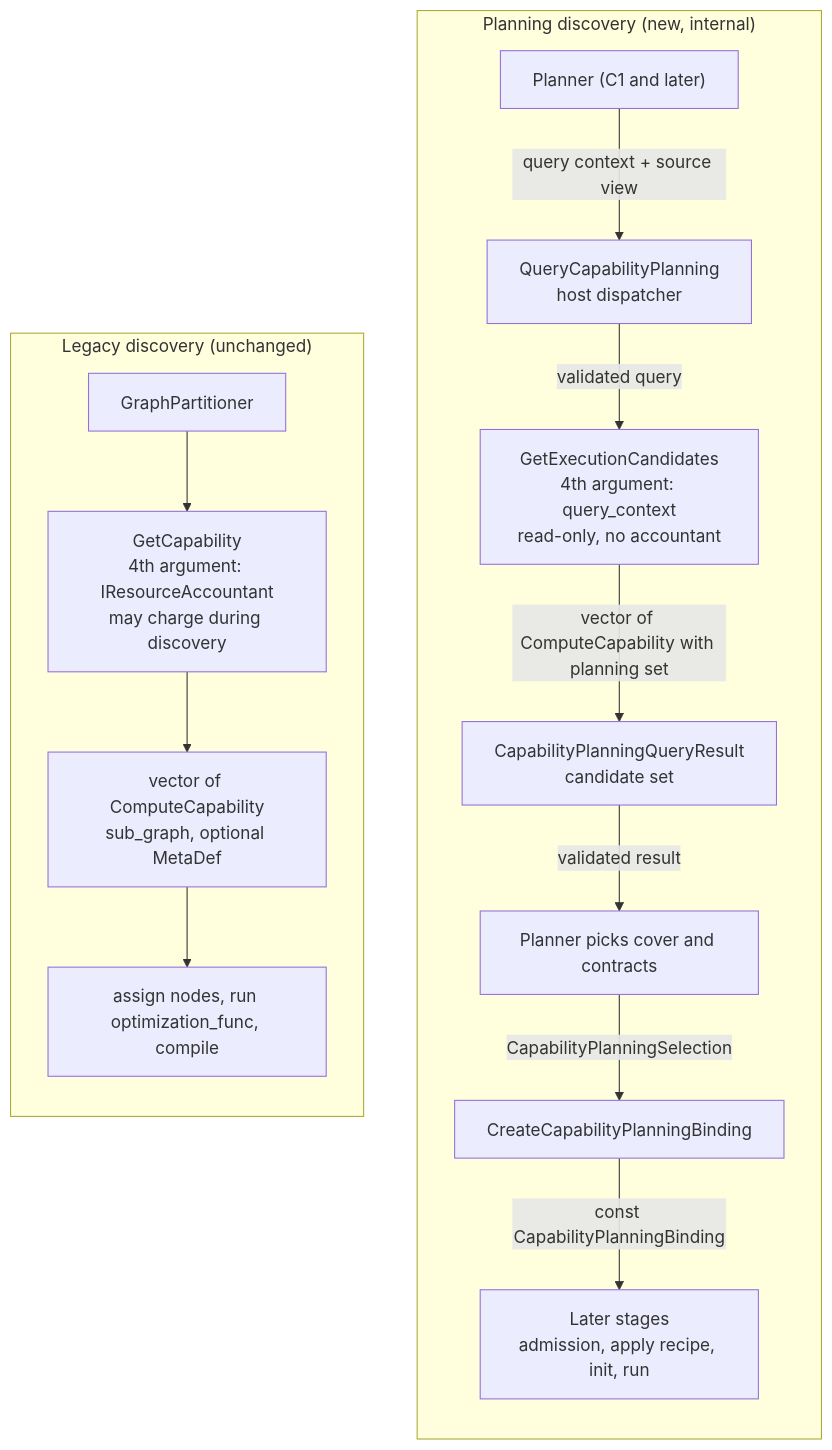
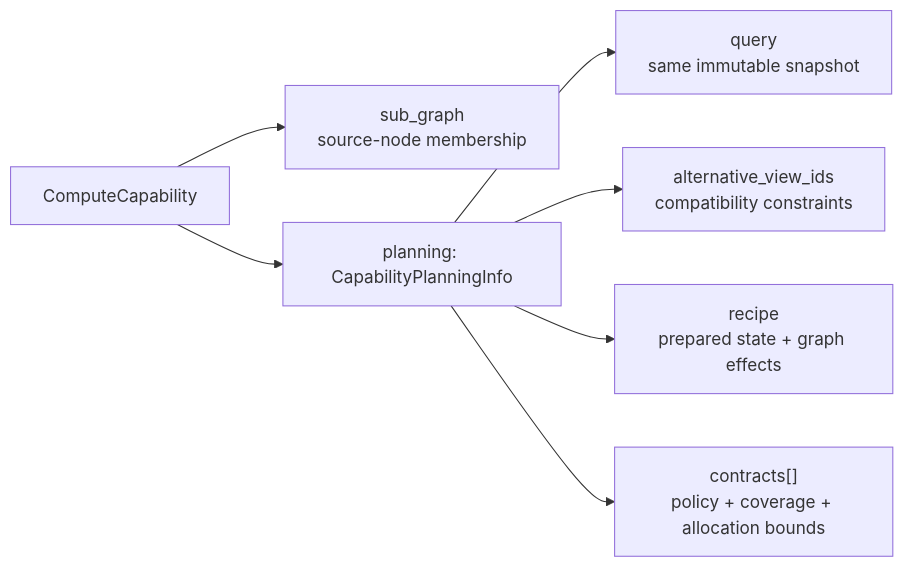
Before and after one commit to microsoft/onnxruntime: the first of 3 diagrams in docs/annotated_partitioning/capability_planning_interfaces.md, drawn with Mermaid. The commit also changed other lines of this file, not shown here.

First line of the commit message:
Condense capability planning interfaces and define the payload

````diff
--- a/docs/annotated_partitioning/capability_planning_interfaces.md
+++ b/docs/annotated_partitioning/capability_planning_interfaces.md
@@ -124,21 +103,9 @@
 ```mermaid
 flowchart LR
-  subgraph LEG["Legacy discovery (unchanged)"]
-    direction TB
-    L1["GraphPartitioner"]
-    L2["GetCapability<br/>4th argument: IResourceAccountant<br/>may charge during discovery"]
-    L1 --> L2
-    L2 --> L3["vector of ComputeCapability<br/>sub_graph, optional MetaDef"]
-    L3 --> L4["assign nodes, run optimization_func, compile"]
-  end
-  subgraph PLN["Planning discovery (new, internal)"]
-    direction TB
-    P1["Planner (C1 and later)"] -->|"query context + source view"| P2["QueryCapabilityPlanning<br/>host dispatcher"]
-    P2 -->|"validated query"| P3["GetExecutionCandidates<br/>4th argument: query_context<br/>read-only, no accountant"]
-    P3 -->|"vector of ComputeCapability with planning set"| P4["CapabilityPlanningQueryResult<br/>candidate set"]
-    P4 -->|"validated result"| P5["Planner picks cover and contracts"]
-    P5 -->|"CapabilityPlanningSelection"| P6["CreateCapabilityPlanningBinding"]
-    P6 -->|"const CapabilityPlanningBinding"| P7["Later stages<br/>admission, apply recipe, init, run"]
-  end
-  LEG ~~~ PLN
+  C["ComputeCapability"] --> N["sub_graph<br/>source-node membership"]
+  C --> I["planning: CapabilityPlanningInfo"]
+  I --> Q["query<br/>same immutable snapshot"]
+  I --> V["alternative_view_ids<br/>compatibility constraints"]
+  I --> R["recipe<br/>prepared state + graph effects"]
+  I --> T["contracts[]<br/>policy + coverage + allocation bounds"]
 ```
````
